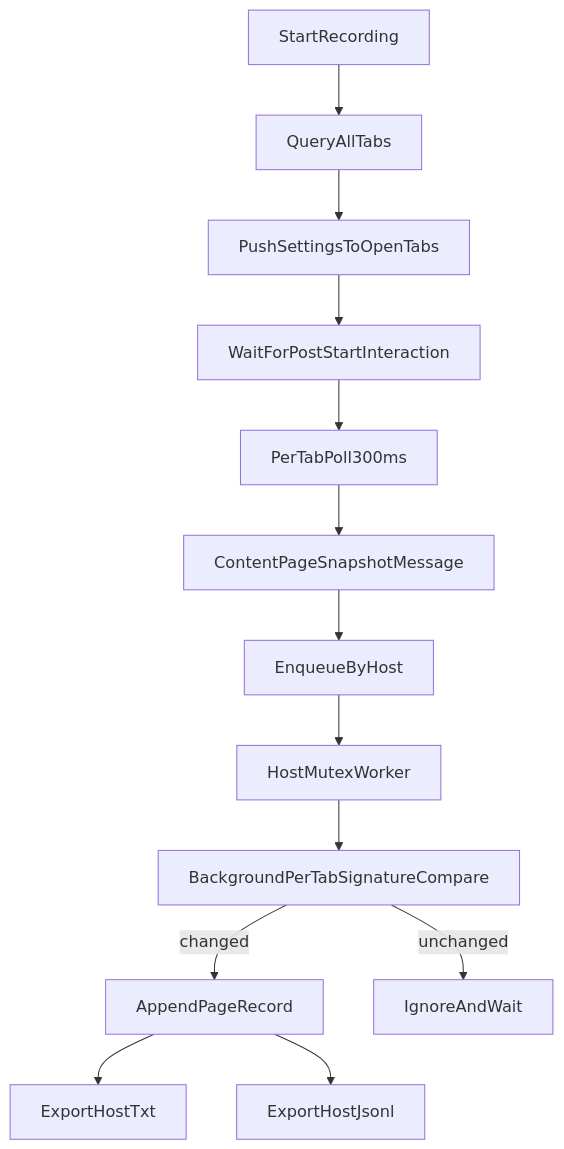
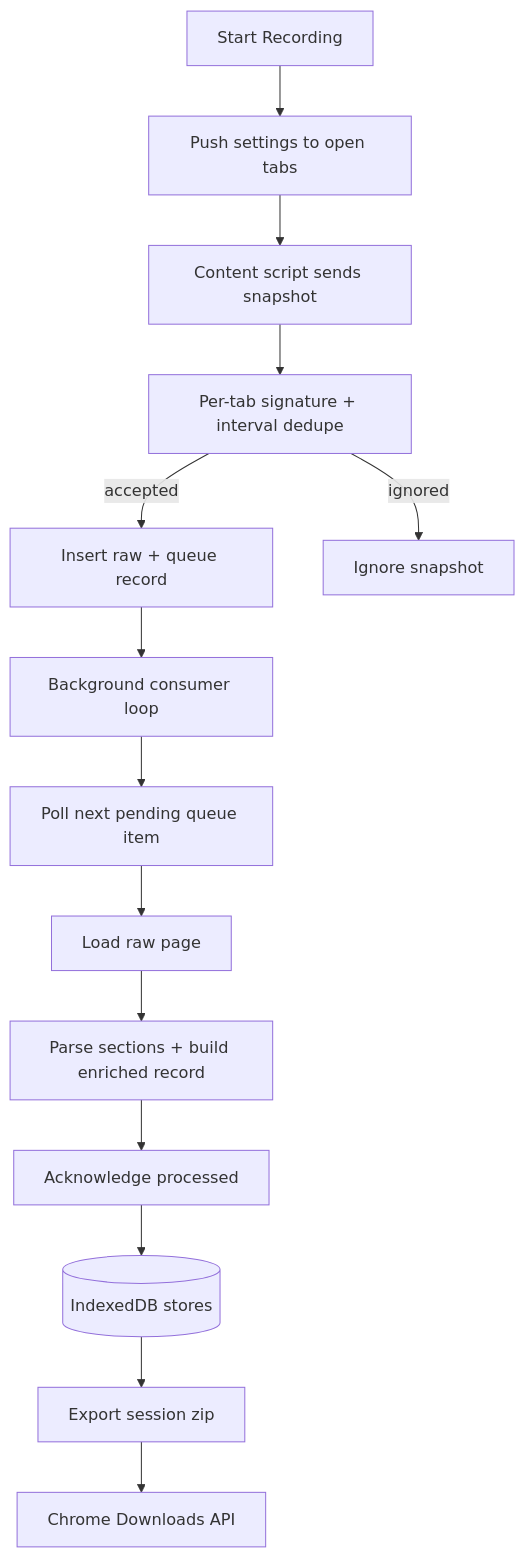
The diagram in docs/execution-flow.md (gardusig/chrome-extensions), drawn with Mermaid before and after one commit. The commit also changed other lines of this file and 9 other files, not shown here.

````diff
--- a/docs/execution-flow.md
+++ b/docs/execution-flow.md
@@ -7,15 +7,16 @@
 ```mermaid
 flowchart TD
-startRecording[StartRecording] --> queryTabs[QueryAllTabs]
-queryTabs --> applyTabSettings[PushSettingsToOpenTabs]
-applyTabSettings --> waitForInteraction[WaitForPostStartInteraction]
-waitForInteraction --> contentPoll[PerTabPoll300ms]
-contentPoll --> contentSend[ContentPageSnapshotMessage]
-contentSend --> hostQueue[EnqueueByHost]
-hostQueue --> hostWorker[HostMutexWorker]
-hostWorker --> bgCompare[BackgroundPerTabSignatureCompare]
-bgCompare -->|changed| persistRecord[AppendPageRecord]
-bgCompare -->|unchanged| waitNextTick[IgnoreAndWait]
-persistRecord --> exportText[ExportHostTxt]
-persistRecord --> exportJsonl[ExportHostJsonl]
+startRecording[Start Recording] --> pushSettings[Push settings to open tabs]
+pushSettings --> contentSnapshot[Content script sends snapshot]
+contentSnapshot --> hashCheck[Per-tab signature + interval dedupe]
+hashCheck -->|accepted| queueInsert[Insert raw + queue record]
+hashCheck -->|ignored| noop1[Ignore snapshot]
+queueInsert --> consumerLoop[Background consumer loop]
+consumerLoop --> pullQueue[Poll next pending queue item]
+pullQueue --> loadRaw[Load raw page]
+loadRaw --> enrich[Parse sections + build enriched record]
+enrich --> ack[Acknowledge processed]
+ack --> idb[(IndexedDB stores)]
+idb --> exportZip[Export session zip]
+exportZip --> downloads[Chrome Downloads API]
 ```
````
